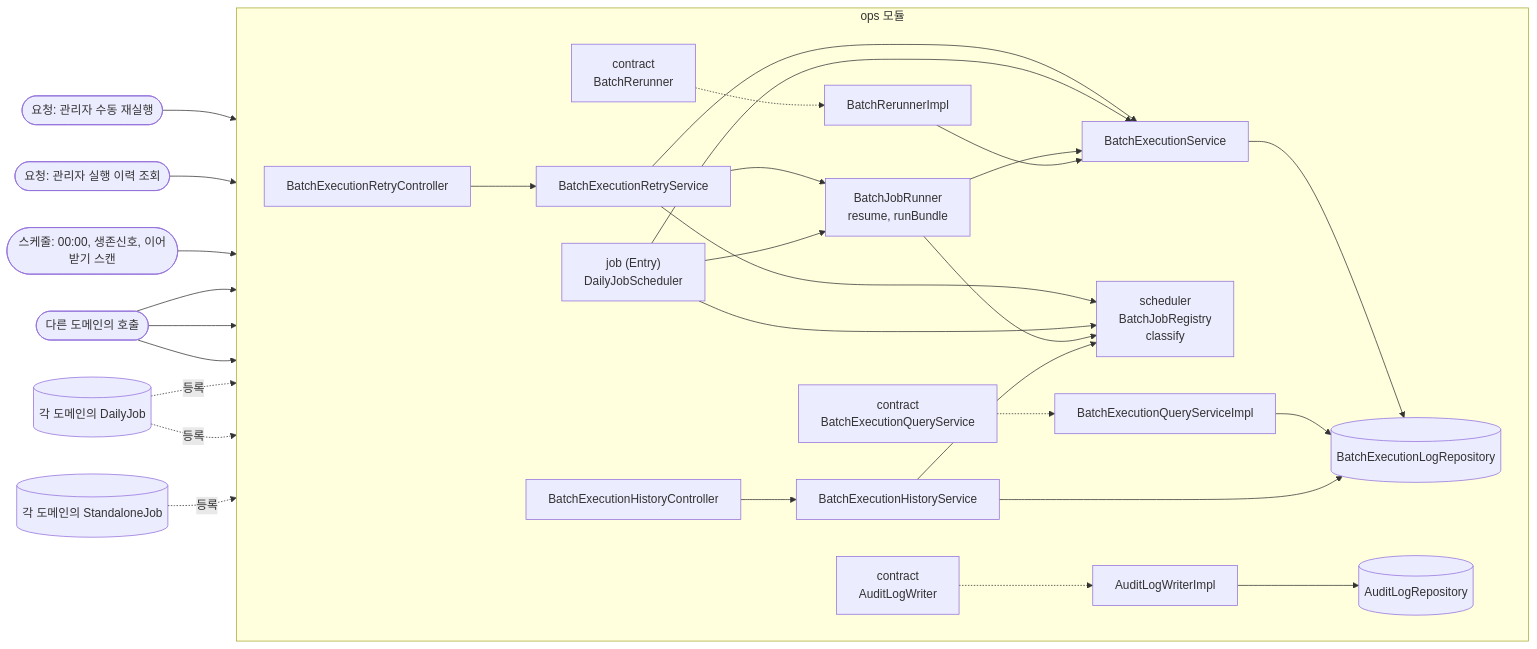
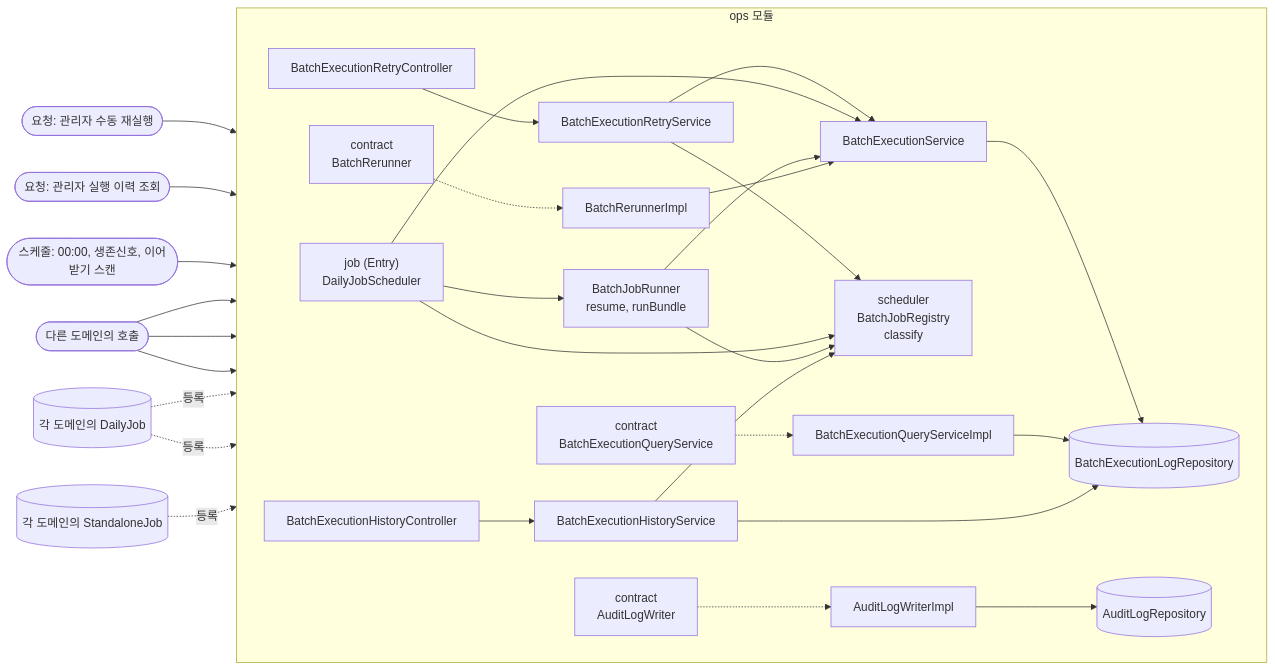
Before and after one commit to lunch-catch/lc-backend: the first of 3 diagrams in docs/design/ops/ops_구조와_동작_설계.md, drawn with Mermaid. The commit also changed other lines of this file and 4 other files, not shown here.

````diff
--- a/docs/design/ops/ops_구조와_동작_설계.md
+++ b/docs/design/ops/ops_구조와_동작_설계.md
@@ -71,38 +71,37 @@
 ```mermaid
 flowchart LR
     REQ([요청: 관리자 수동 재실행]) --> BRC
     REQH([요청: 관리자 실행 이력 조회]) --> BHC
     SCH([스케줄: 00:00, 생존신호, 이어받기 스캔]) --> DJS
     CALL([다른 도메인의 호출]) --> ALW & BEQ & BRR
 
     subgraph ops["ops 모듈"]
         direction LR
         ALW["contract<br/>AuditLogWriter"]
         BEQ["contract<br/>BatchExecutionQueryService"]
         BRR["contract<br/>BatchRerunner"]
 
         DJS["job (Entry)<br/>DailyJobScheduler"]
         BRC[BatchExecutionRetryController] --> BRS["BatchExecutionRetryService"]
         BRS --> BES["BatchExecutionService"]
-        BRS --> DJR["BatchJobRunner<br/>resume, runBundle"]
         BRS --> REG["scheduler<br/>BatchJobRegistry<br/>classify"]
         DJS --> REG
         DJR --> REG
         DJS --> BES
-        DJS --> DJR
+        DJS --> DJR["BatchJobRunner<br/>resume, runBundle"]
         BES --> BELR[(BatchExecutionLogRepository)]
         DJR --> BES
         ALW -.-> ALWI[AuditLogWriterImpl]
         ALWI --> ALR[(AuditLogRepository)]
         BEQ -.-> BEQI[BatchExecutionQueryServiceImpl]
         BRR -.-> BRRI[BatchRerunnerImpl]
         BEQI --> BELR
         BRRI --> BES
         BHC[BatchExecutionHistoryController] --> BHS[BatchExecutionHistoryService]
         BHS --> BELR
         BHS --> REG
     end
 
     DJ[("각 도메인의 DailyJob")] -.등록.-> DJR & REG
     SJ[("각 도메인의 StandaloneJob")] -.등록.-> REG
 ```
````
